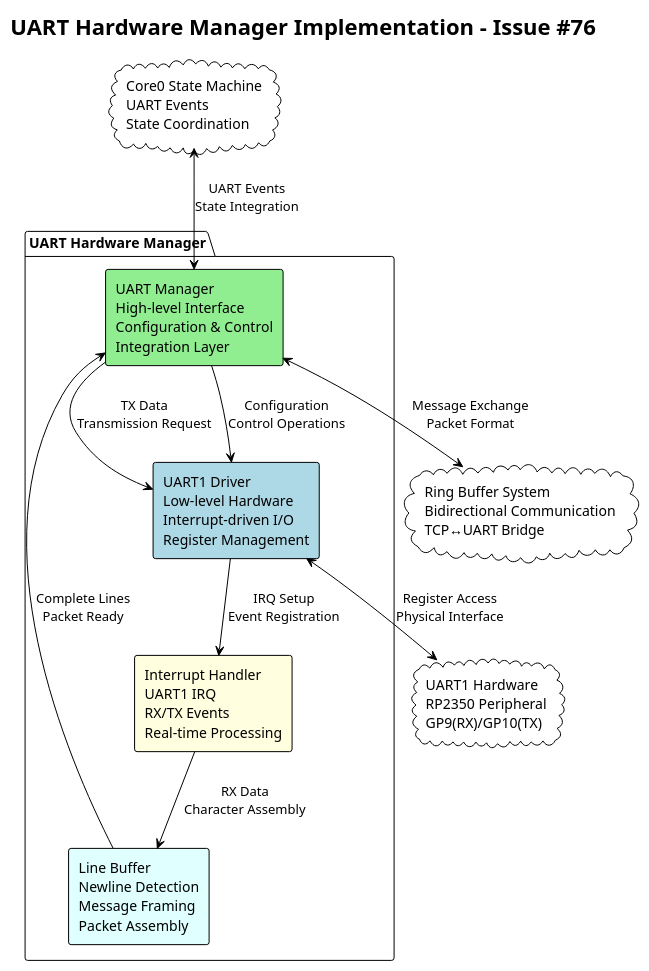
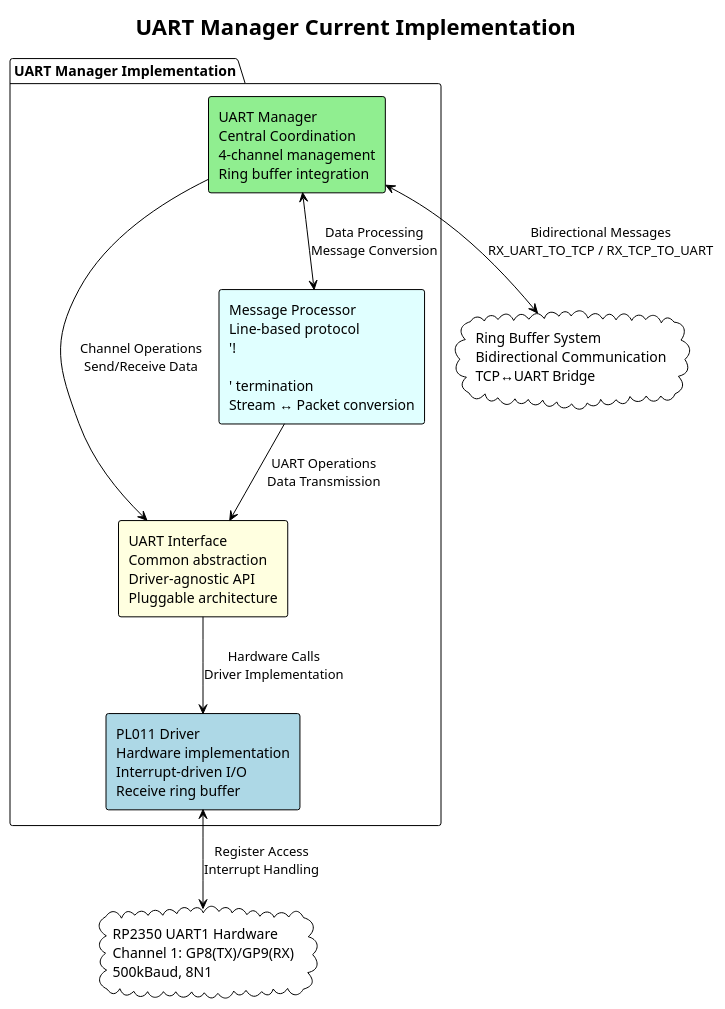
Diagram 14 of 17 in src/docs/arc42/chapters/05_building_block_view.adoc (haxorsebb/UART2ETH), drawn with PlantUML before and after one commit. The commit also changed other lines of this file, not shown here.

First line of the commit message:
Update arc42 documentation to reflect current UART Manager architecture

```diff
--- a/src/docs/arc42/chapters/05_building_block_view.adoc
+++ b/src/docs/arc42/chapters/05_building_block_view.adoc
@@ -1507,37 +1472,34 @@
-[plantuml, uart-hardware-manager-implementation, svg]
+[plantuml, uart-manager-current-implementation, svg]
 ----
 @startuml
 !theme plain
 skinparam backgroundColor transparent
 skinparam componentStyle rectangle
 
-title UART Hardware Manager Implementation - Issue #76
+title UART Manager Current Implementation
 
-cloud "Core0 State Machine\nUART Events\nState Coordination" as STATE_MACHINE
 cloud "Ring Buffer System\nBidirectional Communication\nTCP↔UART Bridge" as RING_BUFFER
-cloud "UART1 Hardware\nRP2350 Peripheral\nGP9(RX)/GP10(TX)" as UART_HW
+cloud "RP2350 UART1 Hardware\nChannel 1: GP8(TX)/GP9(RX)\n500kBaud, 8N1" as UART1_HW
 
-package "UART Hardware Manager" {
-    component "UART Manager\nHigh-level Interface\nConfiguration & Control\nIntegration Layer" as UART_MGR #lightgreen
+package "UART Manager Implementation" {
+    component "UART Manager\nCentral Coordination\n4-channel management\nRing buffer integration" as UART_MGR #lightgreen
     
-    component "UART1 Driver\nLow-level Hardware\nInterrupt-driven I/O\nRegister Management" as UART1_DRV #lightblue
+    component "UART Interface\nCommon abstraction\nDriver-agnostic API\nPluggable architecture" as UART_IF #lightyellow
     
-    component "Interrupt Handler\nUART1 IRQ\nRX/TX Events\nReal-time Processing" as INT_HANDLER #lightyellow
+    component "PL011 Driver\nHardware implementation\nInterrupt-driven I/O\nReceive ring buffer" as PL011_DRV #lightblue
     
-    component "Line Buffer\nNewline Detection\nMessage Framing\nPacket Assembly" as LINE_BUFFER #lightcyan
+    component "Message Processor\nLine-based protocol\n'!\r\n' termination\nStream ↔ Packet conversion" as MSG_PROC #lightcyan
 }
 
 ' External connections
-STATE_MACHINE <--> UART_MGR : UART Events\nState Integration
-UART_MGR <--> RING_BUFFER : Message Exchange\nPacket Format
-UART1_DRV <--> UART_HW : Register Access\nPhysical Interface
+UART_MGR <--> RING_BUFFER : Bidirectional Messages\nRX_UART_TO_TCP / RX_TCP_TO_UART
+PL011_DRV <--> UART1_HW : Register Access\nInterrupt Handling
 
 ' Internal connections
-UART_MGR --> UART1_DRV : Configuration\nControl Operations
-UART1_DRV --> INT_HANDLER : IRQ Setup\nEvent Registration
-INT_HANDLER --> LINE_BUFFER : RX Data\nCharacter Assembly
-LINE_BUFFER --> UART_MGR : Complete Lines\nPacket Ready
-UART_MGR --> UART1_DRV : TX Data\nTransmission Request
+UART_MGR --> UART_IF : Channel Operations\nSend/Receive Data
+UART_IF --> PL011_DRV : Hardware Calls\nDriver Implementation
+UART_MGR <--> MSG_PROC : Data Processing\nMessage Conversion
+MSG_PROC --> UART_IF : UART Operations\nData Transmission
 
 @enduml
 ----
```
